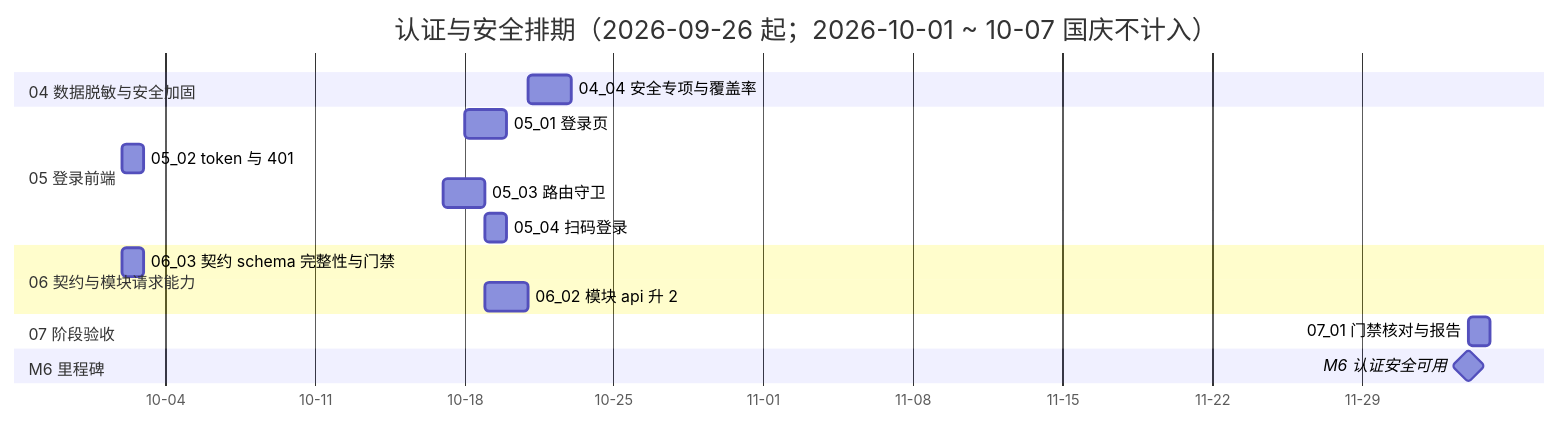
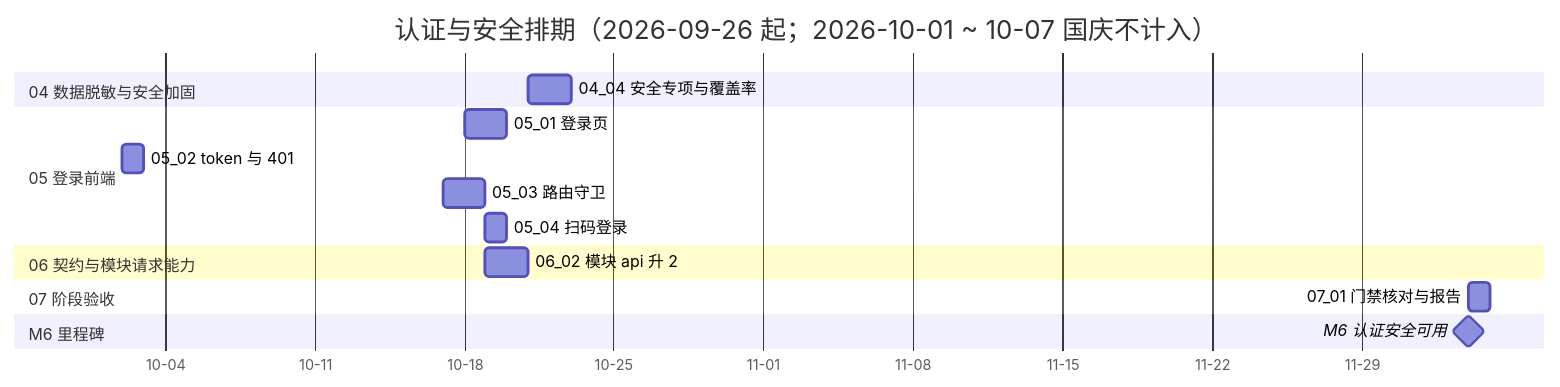
Before and after one commit to minjian123/basic-management-system: the diagram in bms文档/项目/06_认证与安全/计划/01_计划_认证与安全.md, drawn with Mermaid. The commit also changed other lines of this file and 7 other files, not shown here.

First line of the commit message:
docs(认证与安全): 06_03 契约响应 schema 完整性与门禁实施与测试记录

````diff
--- a/bms文档/项目/06_认证与安全/计划/01_计划_认证与安全.md
+++ b/bms文档/项目/06_认证与安全/计划/01_计划_认证与安全.md
@@ -76,20 +77,19 @@
 ```mermaid
 gantt
     title 认证与安全排期（2026-09-26 起；2026-10-01 ~ 10-07 国庆不计入）
     dateFormat  YYYY-MM-DD
     axisFormat %m-%d
     section 04 数据脱敏与安全加固
     04_04 安全专项与覆盖率 :d4, 2026-10-21, 2d
     section 05 登录前端
     05_01 登录页 :e1, 2026-10-18, 2d
     05_02 token 与 401 :e2, 2026-10-02, 1d
     05_03 路由守卫 :e3, 2026-10-17, 2d
     05_04 扫码登录 :e4, 2026-10-19, 1d
     section 06 契约与模块请求能力
-    06_03 契约 schema 完整性与门禁 :f1, 2026-10-02, 1d
     06_02 模块 api 升 2 :f2, 2026-10-19, 2d
     section 07 阶段验收
     07_01 门禁核对与报告 :g1, 2026-12-04, 1d
     section M6 里程碑
     M6 认证安全可用 :milestone, mm6, 2026-12-04, 0d
 ```
````
